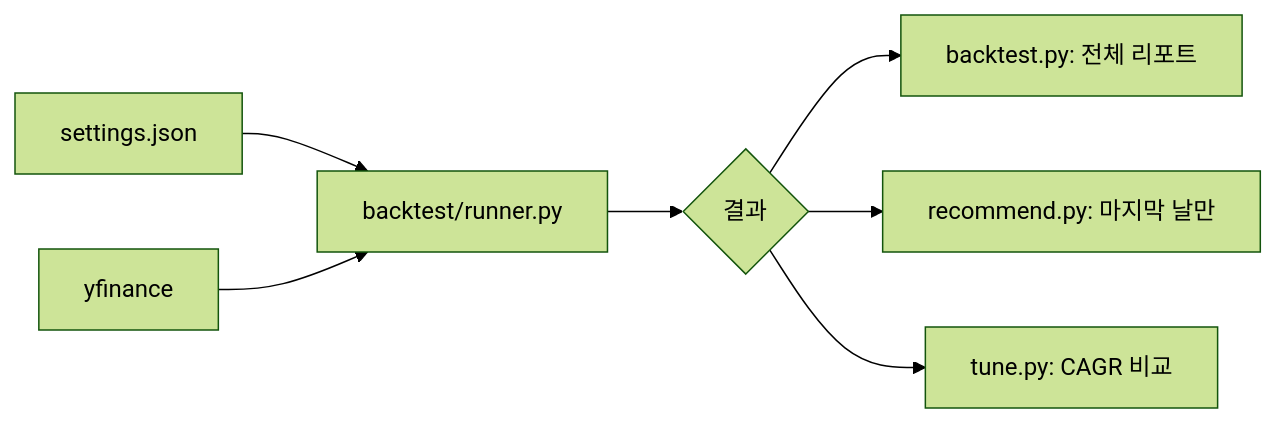
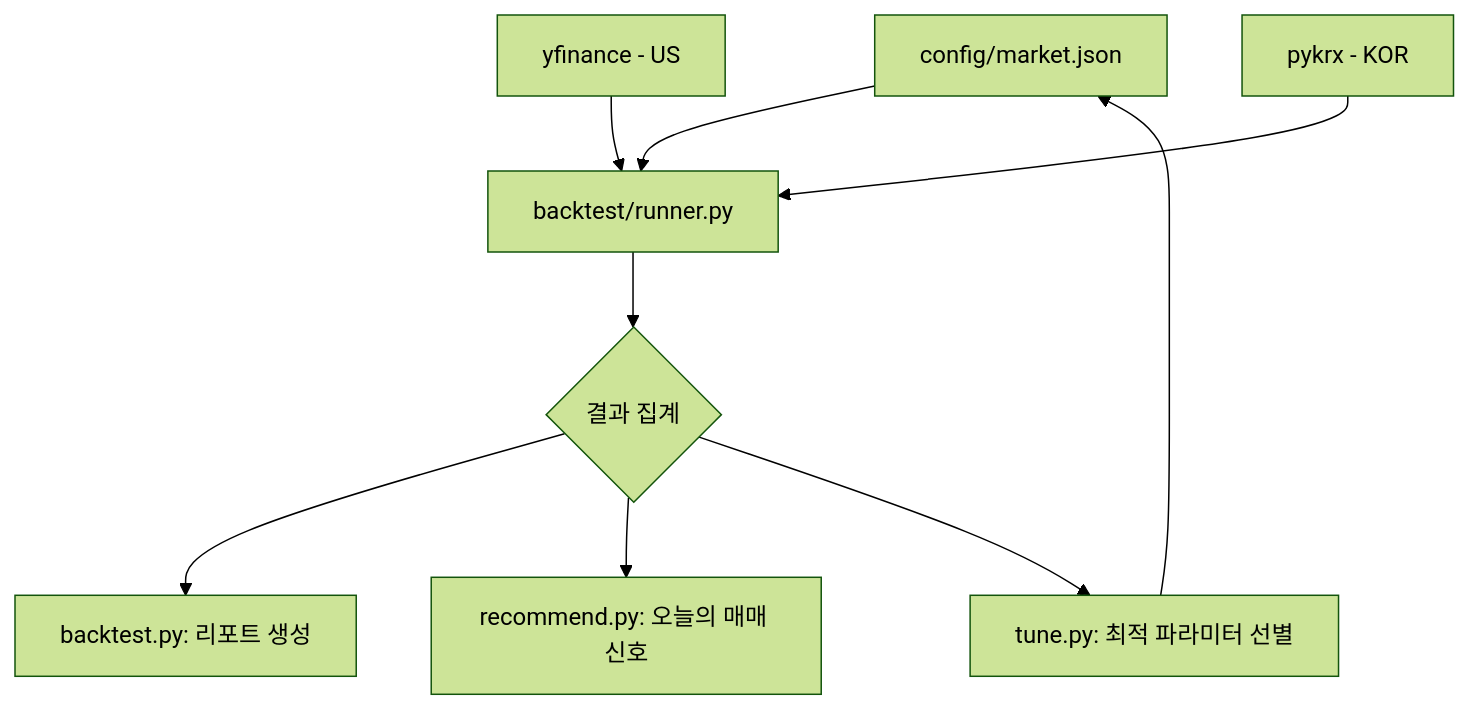
Before and after one commit to jasonisdoing/leverage-switching: the diagram in docs/system_architecture.md, drawn with Mermaid (forest theme). The commit also changed other lines of this file and 16 other files, not shown here.

````diff
--- a/docs/system_architecture.md
+++ b/docs/system_architecture.md
@@ -55,9 +52,11 @@
 ```mermaid
-graph LR
-    A[settings.json] --> B[backtest/runner.py]
-    C[yfinance] --> B
-    B --> D{결과}
-    D --> E[backtest.py: 전체 리포트]
-    D --> F[recommend.py: 마지막 날만]
-    D --> G[tune.py: CAGR 비교]
+graph TD
+    A[config/market.json] --> B[backtest/runner.py]
+    C1[yfinance - US] --> B
+    C2[pykrx - KOR] --> B
+    B --> D{결과 집계}
+    D --> E[backtest.py: 리포트 생성]
+    D --> F[recommend.py: 오늘의 매매 신호]
+    D --> G[tune.py: 최적 파라미터 선별]
+    G --> A
 ```
````
